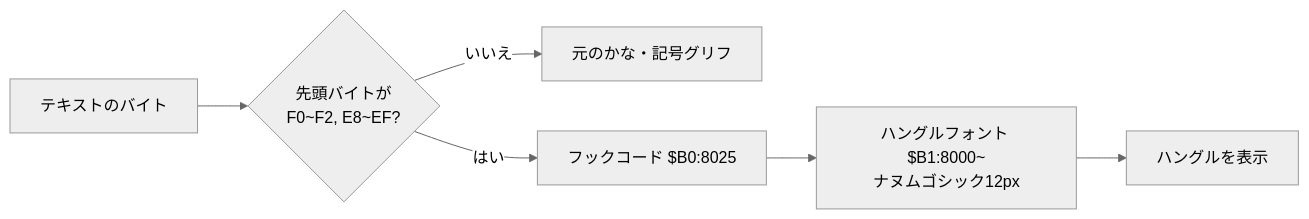
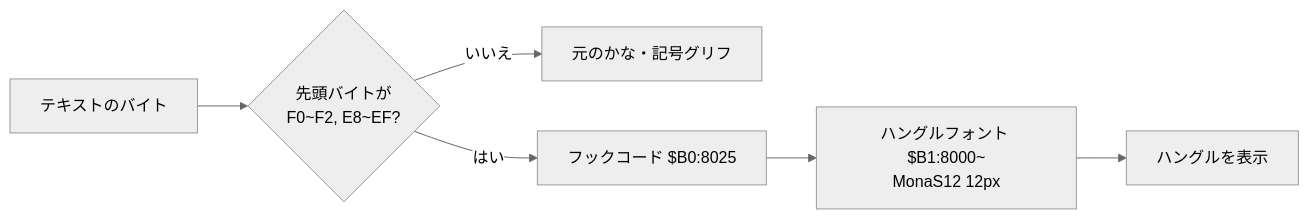
Before and after one commit to game-patch-ko/srw3-ko: the second of 3 diagrams in README.ja.md, drawn with Mermaid (neutral theme). The commit also changed other lines of this file and 21 other files, not shown here.

````diff
--- a/README.ja.md
+++ b/README.ja.md
@@ -187,8 +187,8 @@
 ```mermaid
 flowchart LR
     A[テキストのバイト] --> B{先頭バイトが<br>F0~F2, E8~EF?}
     B -- いいえ --> C[元のかな・記号グリフ]
     B -- はい --> D[フックコード $B0:8025]
-    D --> E[ハングルフォント $B1:8000~<br>ナヌムゴシック12px]
+    D --> E[ハングルフォント $B1:8000~<br>MonaS12 12px]
     E --> F[ハングルを表示]
 ```
````
